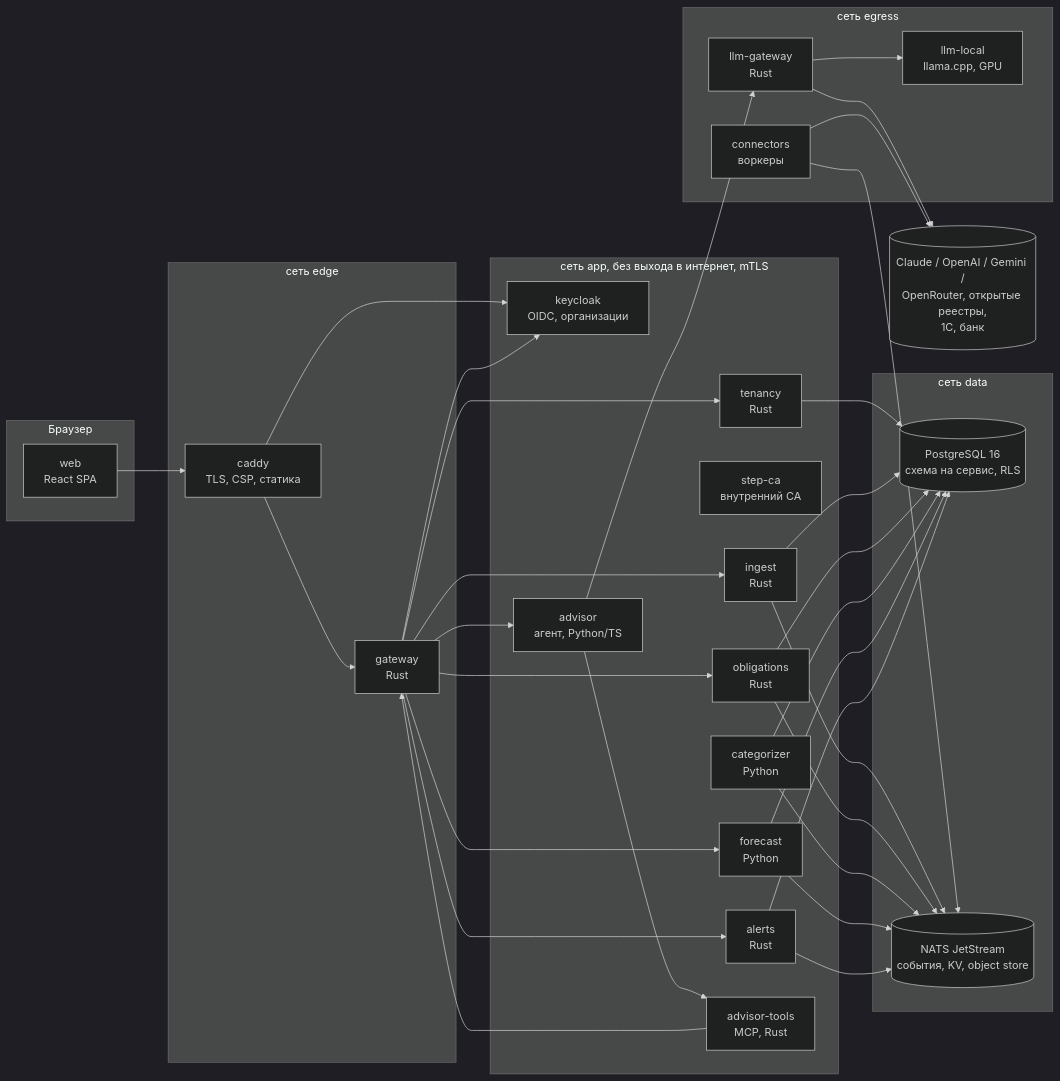
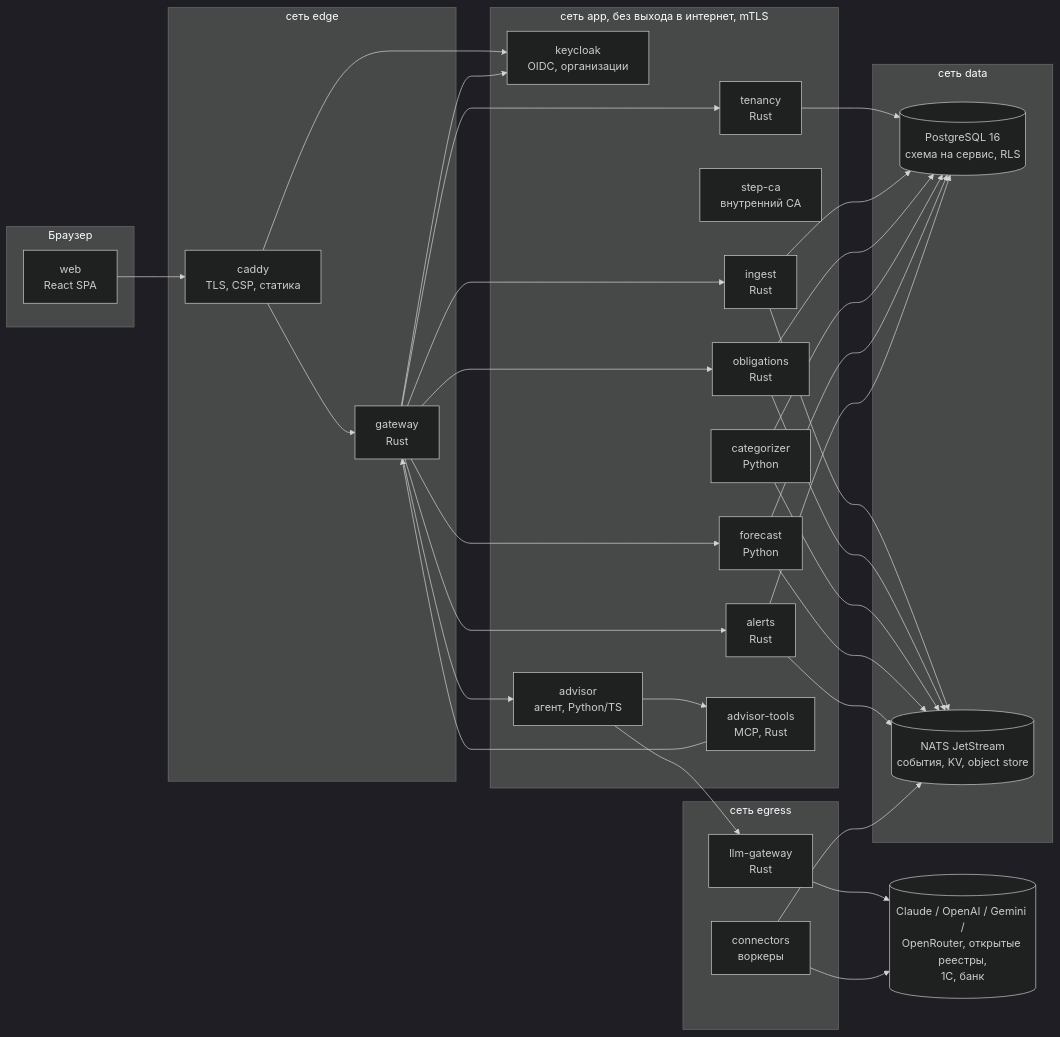
One commit to DanielE330/CENTER-PROG changed the first of 4 diagrams in docs/ARCHITECTURE.md. Above: the diagram before and after it, drawn with Mermaid (dark theme). The commit also changed other lines of this file and 28 other files, not shown here.

````diff
--- a/docs/ARCHITECTURE.md
+++ b/docs/ARCHITECTURE.md
@@ -37,49 +37,48 @@
 ```mermaid
 flowchart LR
   subgraph client[Браузер]
     WEB[web<br/>React SPA]
   end
 
   subgraph edge[сеть edge]
     CADDY[caddy<br/>TLS, CSP, статика]
     GW[gateway<br/>Rust]
   end
 
   subgraph app[сеть app, без выхода в интернет, mTLS]
     KC[keycloak<br/>OIDC, организации]
     ID[tenancy<br/>Rust]
     CA[step-ca<br/>внутренний CA]
     ING[ingest<br/>Rust]
     OBL[obligations<br/>Rust]
     CAT[categorizer<br/>Python]
     FC[forecast<br/>Python]
     AL[alerts<br/>Rust]
     ADV[advisor<br/>агент, Python/TS]
     TOOLS[advisor-tools<br/>MCP, Rust]
   end
 
   subgraph data[сеть data]
     PG[(PostgreSQL 16<br/>схема на сервис, RLS)]
     NATS[(NATS JetStream<br/>события, KV, object store)]
   end
 
   subgraph egress[сеть egress]
     LLMGW[llm-gateway<br/>Rust]
     CONN[connectors<br/>воркеры]
-    LOCAL[llm-local<br/>llama.cpp, GPU]
   end
 
   EXT[(Claude / OpenAI / Gemini /<br/>OpenRouter, открытые реестры,<br/>1С, банк)]
 
   WEB --> CADDY --> GW
   CADDY --> KC
   GW --> KC
   GW --> ID & ING & OBL & FC & AL & ADV
   ING & OBL & CAT & FC & AL --> NATS
   ID & ING & OBL & CAT & FC & AL --> PG
   ADV --> TOOLS --> GW
-  ADV --> LLMGW --> LOCAL
+  ADV --> LLMGW
   LLMGW --> EXT
   CONN --> EXT
   CONN --> NATS
 ```
````
